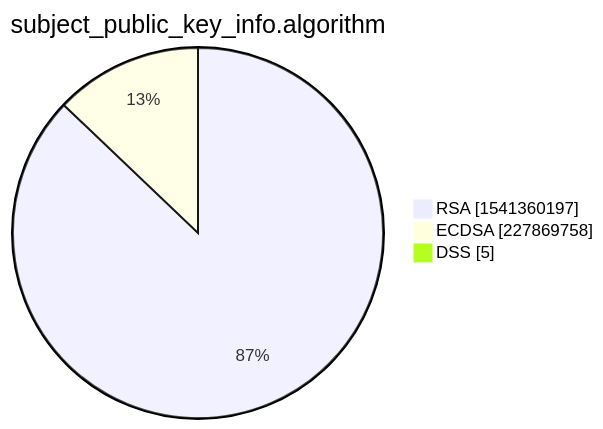
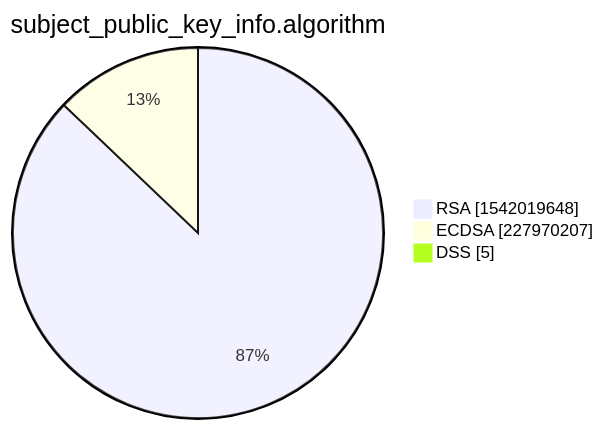
One commit to christiankrug/ctmonitor_visualization changed the third of 15 diagrams in xenon2022/README.md. Above: the diagram before and after it, drawn with Mermaid. The commit also changed other lines of this file, not shown here.

````diff
--- a/xenon2022/README.md
+++ b/xenon2022/README.md
@@ -14,7 +14,7 @@
 ```mermaid
 pie showData
 title subject_public_key_info.algorithm
-"RSA" :1541360197
-"ECDSA" :227869758
+"RSA" :1542019648
+"ECDSA" :227970207
 "DSS" :5
 ```
````
